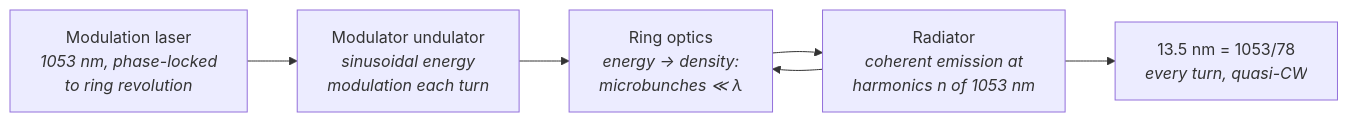
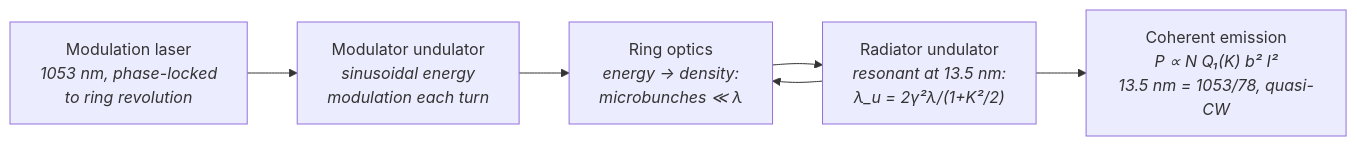
One commit to sonoransun/highuvlith changed the diagram in docs/sources/ssmb.md. Above: the diagram before and after it, drawn with Mermaid. The commit also changed other lines of this file and 496 other files, not shown here.

````diff
--- a/docs/sources/ssmb.md
+++ b/docs/sources/ssmb.md
@@ -15,8 +15,8 @@
 ```mermaid
 flowchart LR
     A["Modulation laser<br/><i>1053 nm, phase-locked<br/>to ring revolution</i>"] --> B["Modulator undulator<br/><i>sinusoidal energy<br/>modulation each turn</i>"]
     B --> C["Ring optics<br/><i>energy → density:<br/>microbunches ≪ λ</i>"]
-    C --> D["Radiator<br/><i>coherent emission at<br/>harmonics n of 1053 nm</i>"]
+    C --> D["Radiator undulator<br/><i>resonant at 13.5 nm:<br/>λ_u = 2γ²λ/(1+K²/2)</i>"]
     D --> C
-    D --> E["13.5 nm = 1053/78<br/><i>every turn, quasi-CW</i>"]
+    D --> E["Coherent emission<br/><i>P ∝ N Q₁(K) b² I²<br/>13.5 nm = 1053/78, quasi-CW</i>"]
 ```
````
